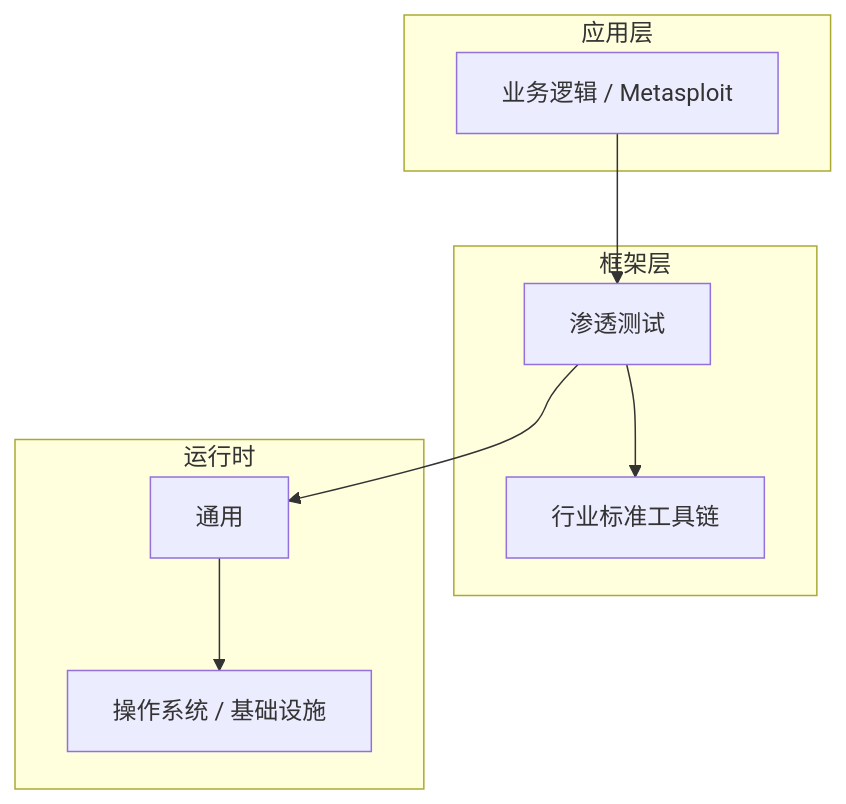
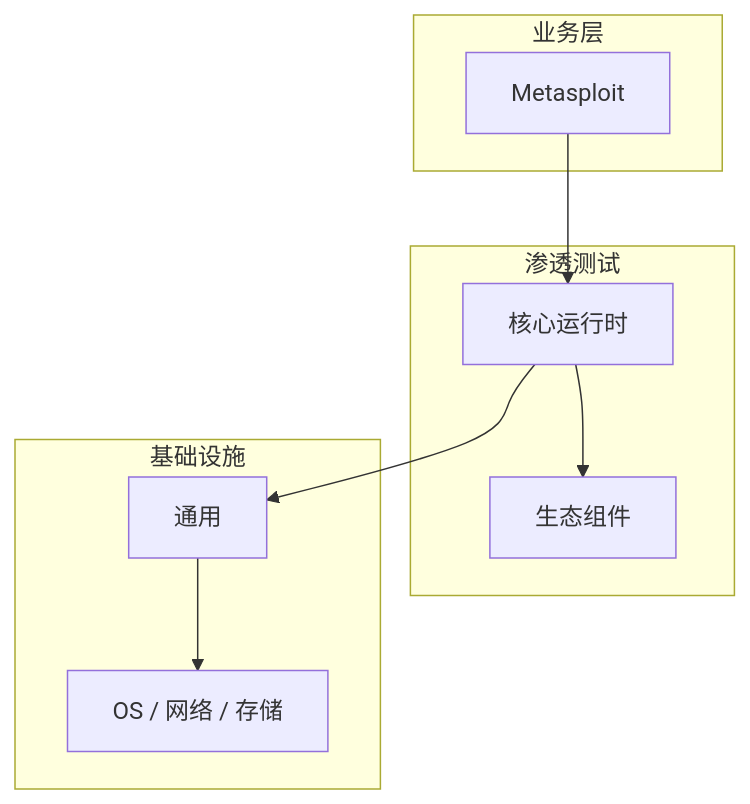
Before and after one commit to yanggan2015/knowledge-json-v2: the diagram in articles/渗透测试/chapters/071-Metasploit核心概念与原理.md, drawn with Mermaid. The commit also changed other lines of this file and 10127 other files, not shown here.

````diff
--- a/articles/渗透测试/chapters/071-Metasploit核心概念与原理.md
+++ b/articles/渗透测试/chapters/071-Metasploit核心概念与原理.md
@@ -46,18 +31,18 @@
 ```mermaid
 graph TB
-    subgraph 应用层
-        A[业务逻辑 / Metasploit]
+    subgraph 业务层
+        A[Metasploit]
     end
-    subgraph 框架层
-        B[渗透测试]
-        C[行业标准工具链]
+    subgraph 渗透测试
+        B[核心运行时]
+        C[生态组件]
     end
-    subgraph 运行时
+    subgraph 基础设施
         D[通用]
-        E[操作系统 / 基础设施]
+        E[OS / 网络 / 存储]
     end
     A --> B
     B --> C
     B --> D
     D --> E
 ```
````
